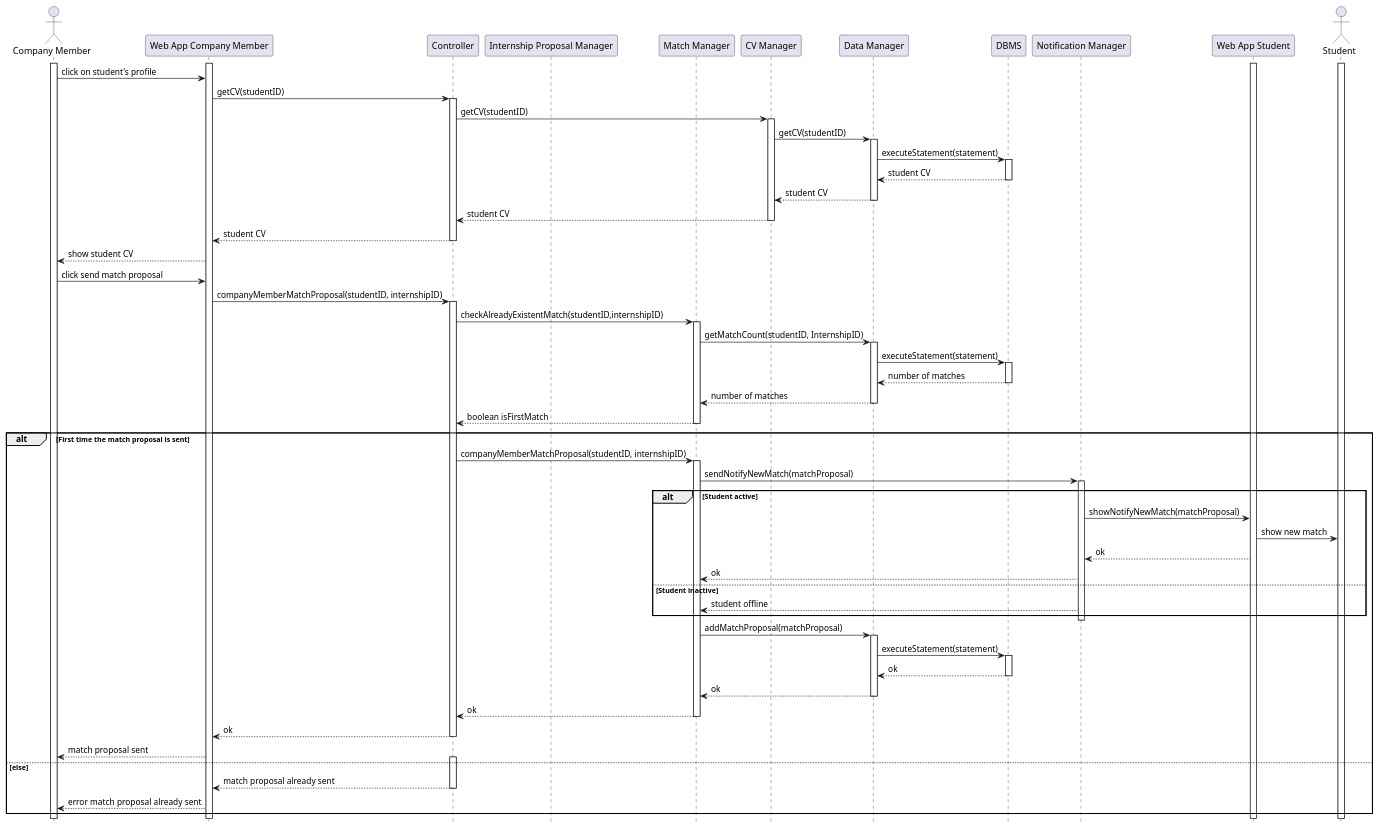
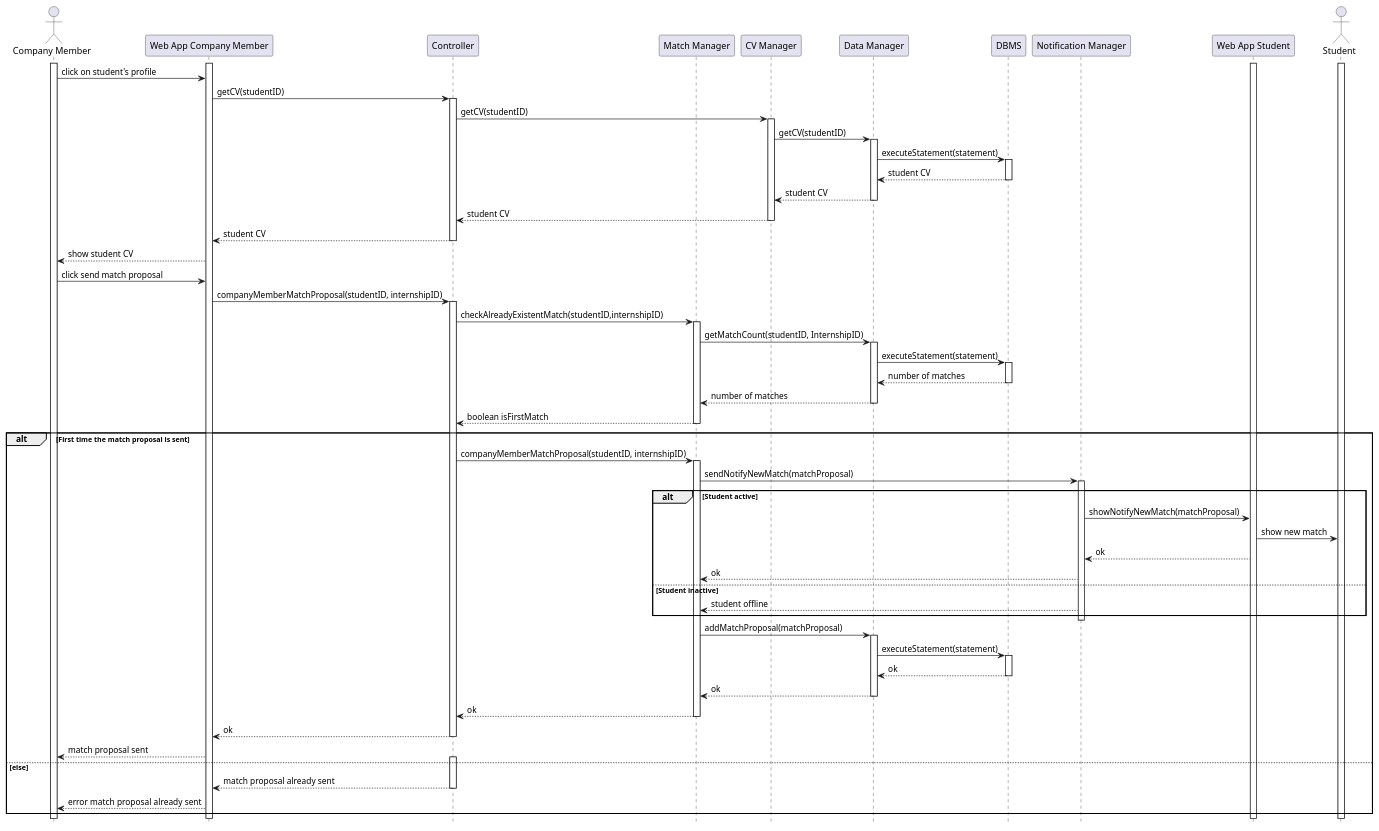
Before and after one commit to matti8702/R_and_DD_project_SE2: the diagram in DD/Architectural_design/uml_diagrams/RV17_diagram.puml, drawn with PlantUML. The commit also changed 1 other file, not shown here.

Commit message:
fix: fix RV17 diagram

```diff
--- a/DD/Architectural_design/uml_diagrams/RV17_diagram.puml
+++ b/DD/Architectural_design/uml_diagrams/RV17_diagram.puml
@@ -1,99 +1,98 @@
 @startuml RV17_diagram
 hide footbox
 
 actor "Company Member" as CM 
 participant "Web App Company Member" as W
 participant "Controller" AS C
-participant "Internship Proposal Manager" as IP
 participant "Match Manager" as M
 participant "CV Manager" as CV
 participant "Data Manager" as DM
 participant "DBMS" as RD
 participant "Notification Manager" as NM
 participant "Web App Student" as WA
 actor "Student" as S 
 
 
 
 
 activate S
 activate W
 activate CM
 activate WA
 
 CM -> W: click on student's profile
 
 W ->C: getCV(studentID)
 activate C
 
 C -> CV: getCV(studentID)
 activate CV
 CV -> DM: getCV(studentID)
 activate DM
 DM -> RD: executeStatement(statement)
 activate RD
 RD --> DM: student CV
 deactivate RD
 DM --> CV: student CV
 deactivate DM
 CV --> C: student CV
 deactivate CV
 C --> W: student CV
 deactivate C
 W --> CM: show student CV
 
 CM -> W: click send match proposal
 
 W -> C: companyMemberMatchProposal(studentID, internshipID)
 activate C
 C -> M: checkAlreadyExistentMatch(studentID,internshipID)
 activate M
 
 M -> DM: getMatchCount(studentID, InternshipID)
 activate DM
 DM -> RD: executeStatement(statement)
 activate RD
 RD --> DM: number of matches
 deactivate RD
 DM --> M: number of matches
 deactivate DM
 M --> C: boolean isFirstMatch
 deactivate M
 
 alt First time the match proposal is sent
 
     C -> M: companyMemberMatchProposal(studentID, internshipID)
     activate M
 
     M -> NM: sendNotifyNewMatch(matchProposal)
     activate NM
     alt Student active
         NM -> WA: showNotifyNewMatch(matchProposal)
         WA -> S: show new match
         WA --> NM: ok
         NM --> M: ok
     else Student inactive
         NM --> M: student offline
     end
     deactivate NM
     M -> DM: addMatchProposal(matchProposal)
     activate DM
     DM -> RD: executeStatement(statement)
     activate RD
     RD --> DM: ok
     deactivate RD
     DM --> M: ok
     deactivate DM
     M --> C: ok
     deactivate M
     C --> W: ok
     deactivate C
     W --> CM: match proposal sent
 else else
     activate C
     C --> W: match proposal already sent
     deactivate C
     W --> CM: error match proposal already sent
 end
 
 @enduml
```
